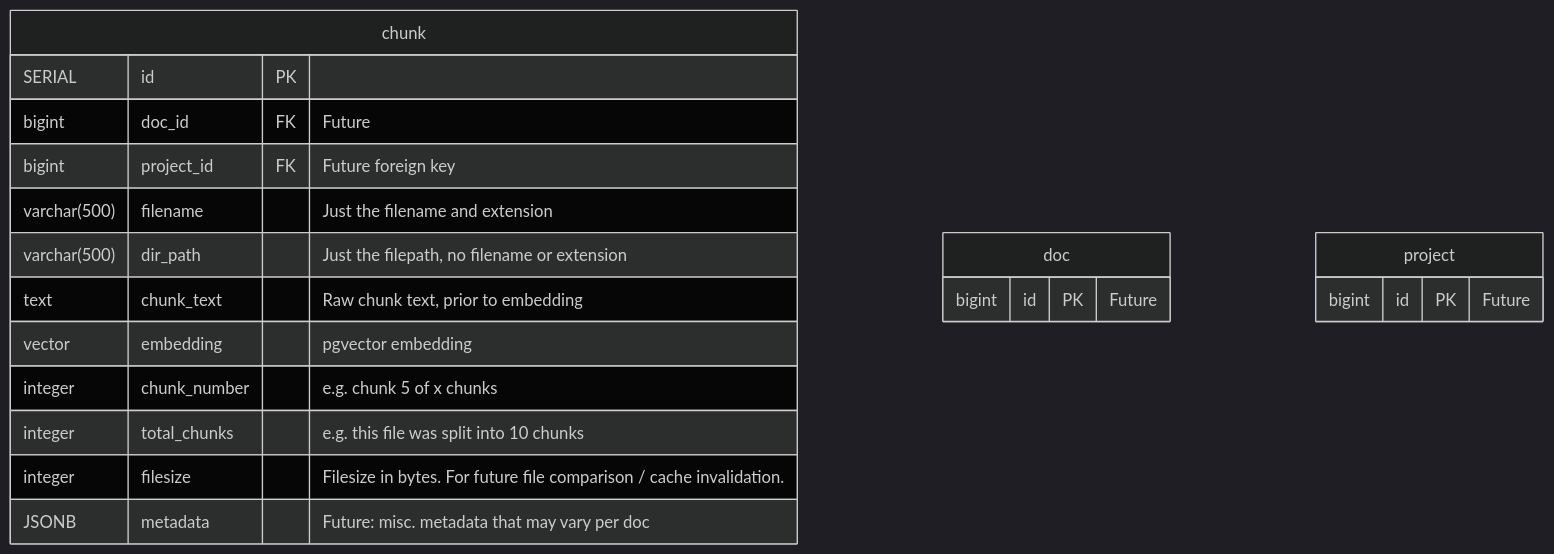
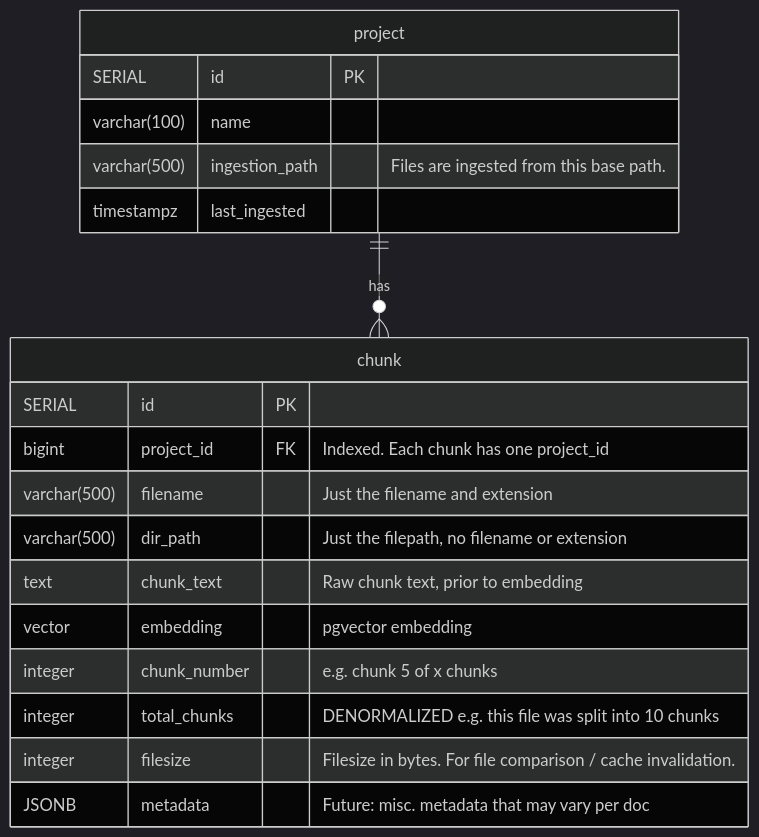
The ninth of 9 diagrams in README.md (svalenziano/yara), drawn with Mermaid (dark theme) before and after one commit. The commit also changed other lines of this file and 11 other files, not shown here.

First line of the commit message:
Ingestion cacheing, ERD mod planning

````diff
--- a/README.md
+++ b/README.md
@@ -204,24 +182,24 @@
 ```mermaid
     erDiagram
         chunk {
             SERIAL id PK
-            bigint doc_id FK "Future"
-            bigint project_id FK  "Future foreign key"
+            bigint project_id FK "Indexed. Each chunk has one project_id"
             varchar(500) filename "Just the filename and extension"
             varchar(500) dir_path "Just the filepath, no filename or extension"
             text chunk_text "Raw chunk text, prior to embedding"
             vector embedding "pgvector embedding"
             integer chunk_number "e.g. chunk 5 of x chunks"
-            integer total_chunks "e.g. this file was split into 10 chunks"
-            integer filesize "Filesize in bytes. For future file comparison / cache invalidation."
+            integer total_chunks "DENORMALIZED e.g. this file was split into 10 chunks"
+            integer filesize "Filesize in bytes. For file comparison / cache invalidation."
             JSONB metadata "Future: misc. metadata that may vary per doc"
         }
         
-        doc {
-	        bigint id PK "Future"
+        project {
+	        SERIAL id PK
+            varchar(100) name
+            varchar(500) ingestion_path "Files are ingested from this base path."
+            timestampz last_ingested
         }
         
-        project {
-	        bigint id PK "Future"
-        }
+        project ||--o{ chunk : "has"
 ```
````
